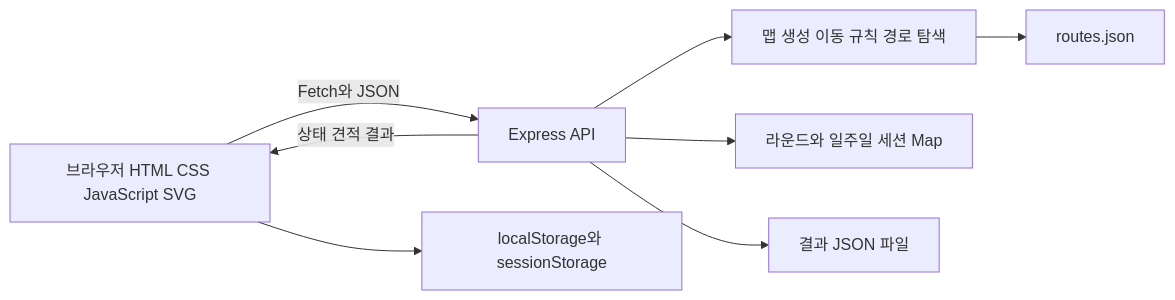
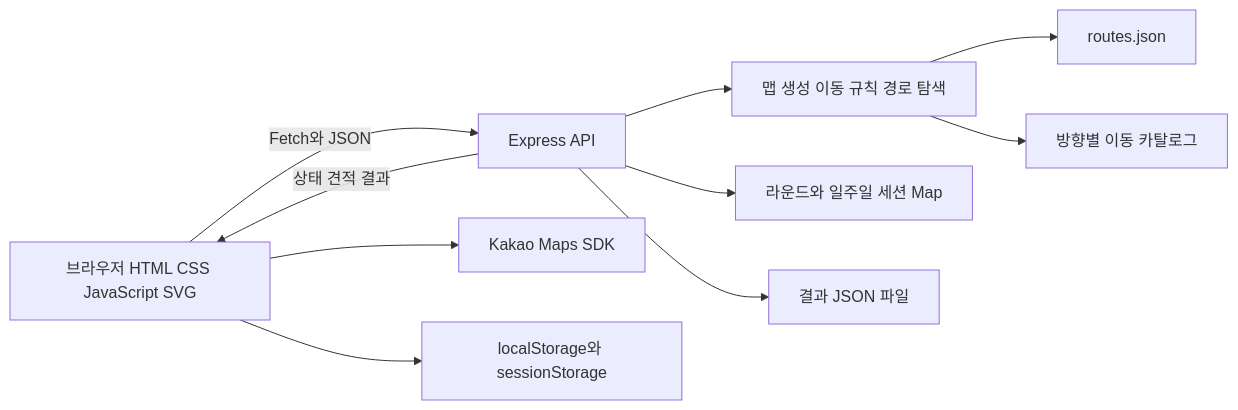
One commit to Gyu-MinKim/ROUTE changed the diagram in docs/technical-overview.md. Above: the diagram before and after it, drawn with Mermaid. The commit also changed other lines of this file and 4 other files, not shown here.

````diff
--- a/docs/technical-overview.md
+++ b/docs/technical-overview.md
@@ -22,10 +22,12 @@
 ```mermaid
 flowchart LR
     Browser[브라우저 HTML CSS JavaScript SVG] -->|Fetch와 JSON| Server[Express API]
     Server --> Engine[맵 생성 이동 규칙 경로 탐색]
     Engine --> Rules[routes.json]
+    Engine --> Catalog[방향별 이동 카탈로그]
+    Browser --> Map[Kakao Maps SDK]
     Server --> Memory[라운드와 일주일 세션 Map]
     Server --> History[결과 JSON 파일]
     Browser --> Storage[localStorage와 sessionStorage]
     Server -->|상태 견적 결과| Browser
 ```
````
